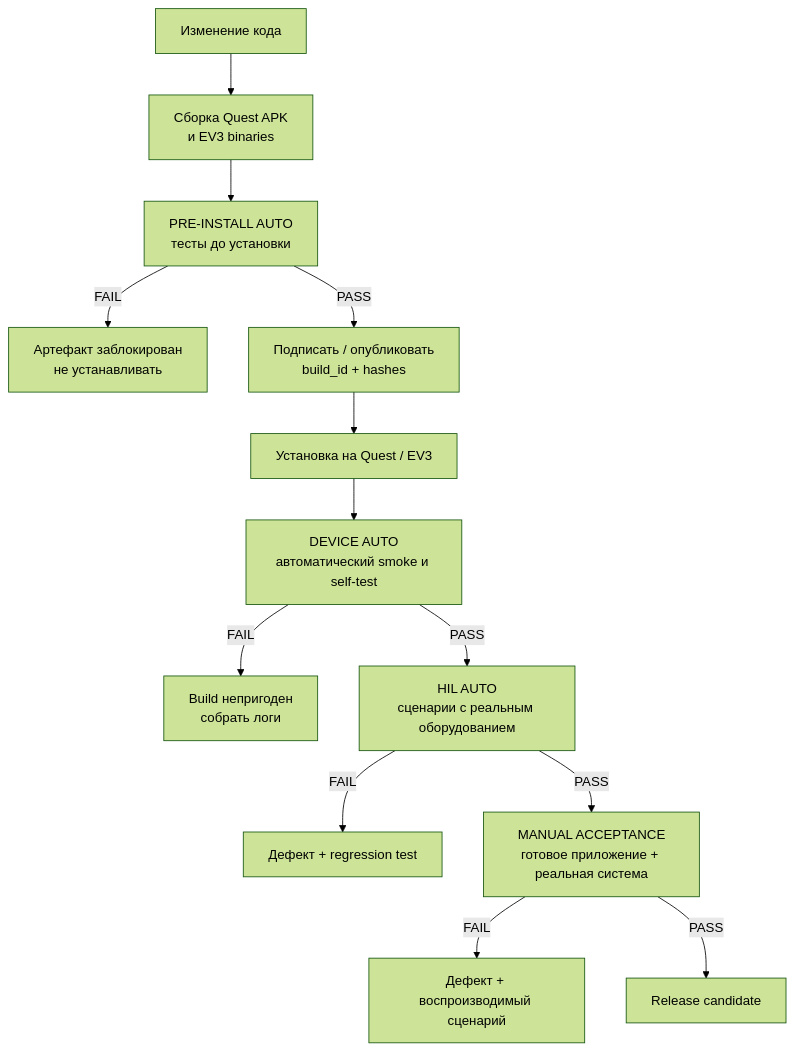
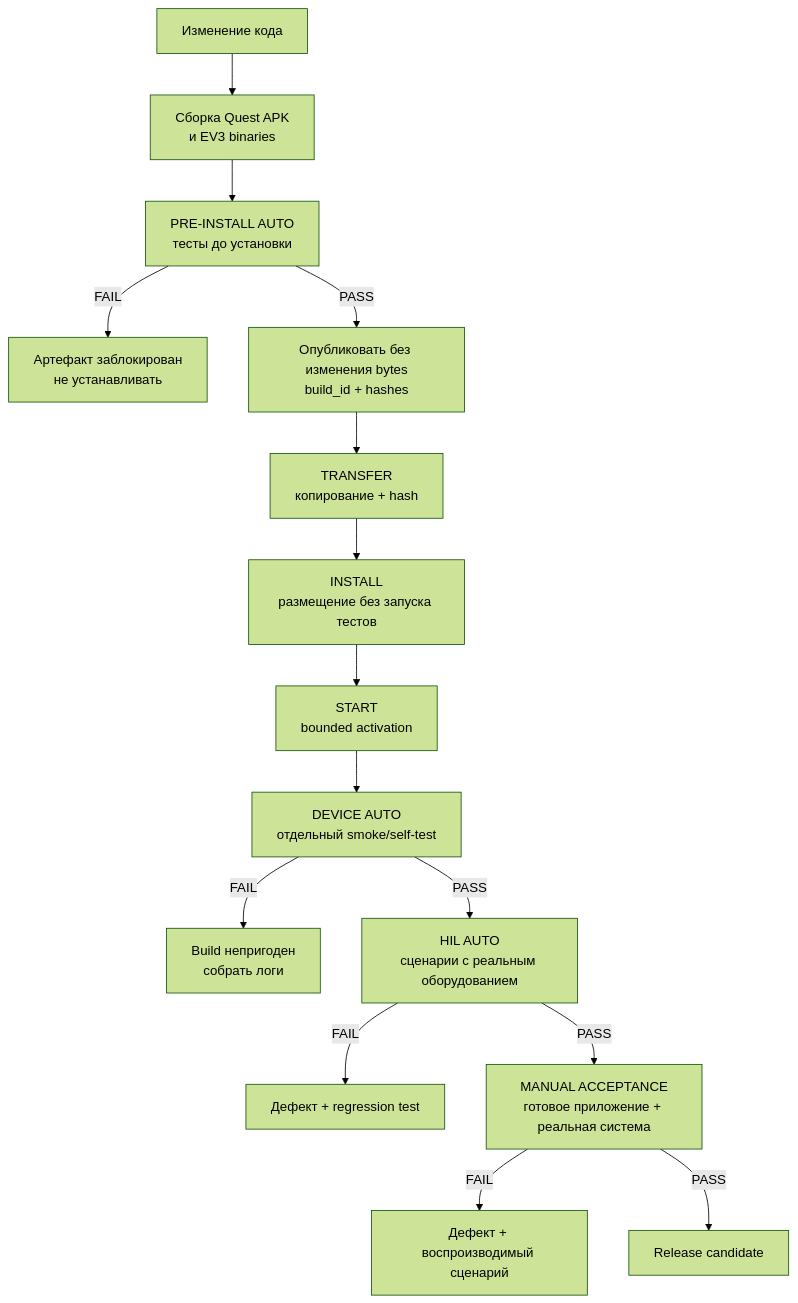
Before and after one commit to sirejik/phantom: the diagram in docs/PHANTOM/TEST_PLAN.md, drawn with Mermaid (forest theme). The commit also changed other lines of this file and 32 other files, not shown here.

````diff
--- a/docs/PHANTOM/TEST_PLAN.md
+++ b/docs/PHANTOM/TEST_PLAN.md
@@ -39,15 +41,17 @@
 ```mermaid
 flowchart TD
   C[Изменение кода] --> B[Сборка Quest APK<br/>и EV3 binaries]
   B --> A[PRE-INSTALL AUTO<br/>тесты до установки]
   A -->|FAIL| X[Артефакт заблокирован<br/>не устанавливать]
-  A -->|PASS| P[Подписать / опубликовать<br/>build_id + hashes]
-  P --> D[Установка на Quest / EV3]
-  D --> S[DEVICE AUTO<br/>автоматический smoke и self-test]
+  A -->|PASS| P[Опубликовать без изменения bytes<br/>build_id + hashes]
+  P --> T[TRANSFER<br/>копирование + hash]
+  T --> D[INSTALL<br/>размещение без запуска тестов]
+  D --> ST[START<br/>bounded activation]
+  ST --> S[DEVICE AUTO<br/>отдельный smoke/self-test]
   S -->|FAIL| X2[Build непригоден<br/>собрать логи]
   S -->|PASS| H[HIL AUTO<br/>сценарии с реальным оборудованием]
   H -->|FAIL| X3[Дефект + regression test]
   H -->|PASS| M[MANUAL ACCEPTANCE<br/>готовое приложение + реальная система]
   M -->|FAIL| X4[Дефект + воспроизводимый сценарий]
   M -->|PASS| R[Release candidate]
 ```
````
